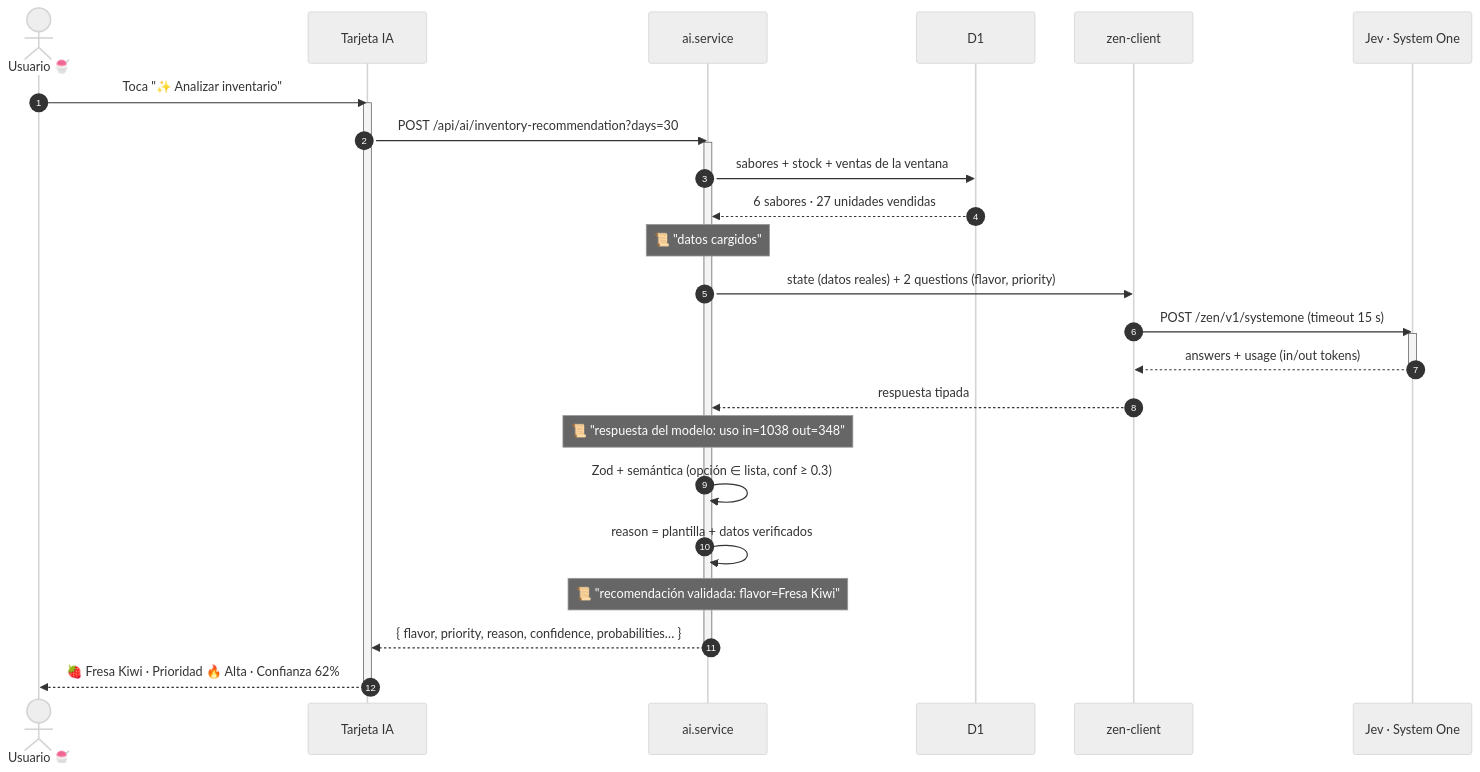
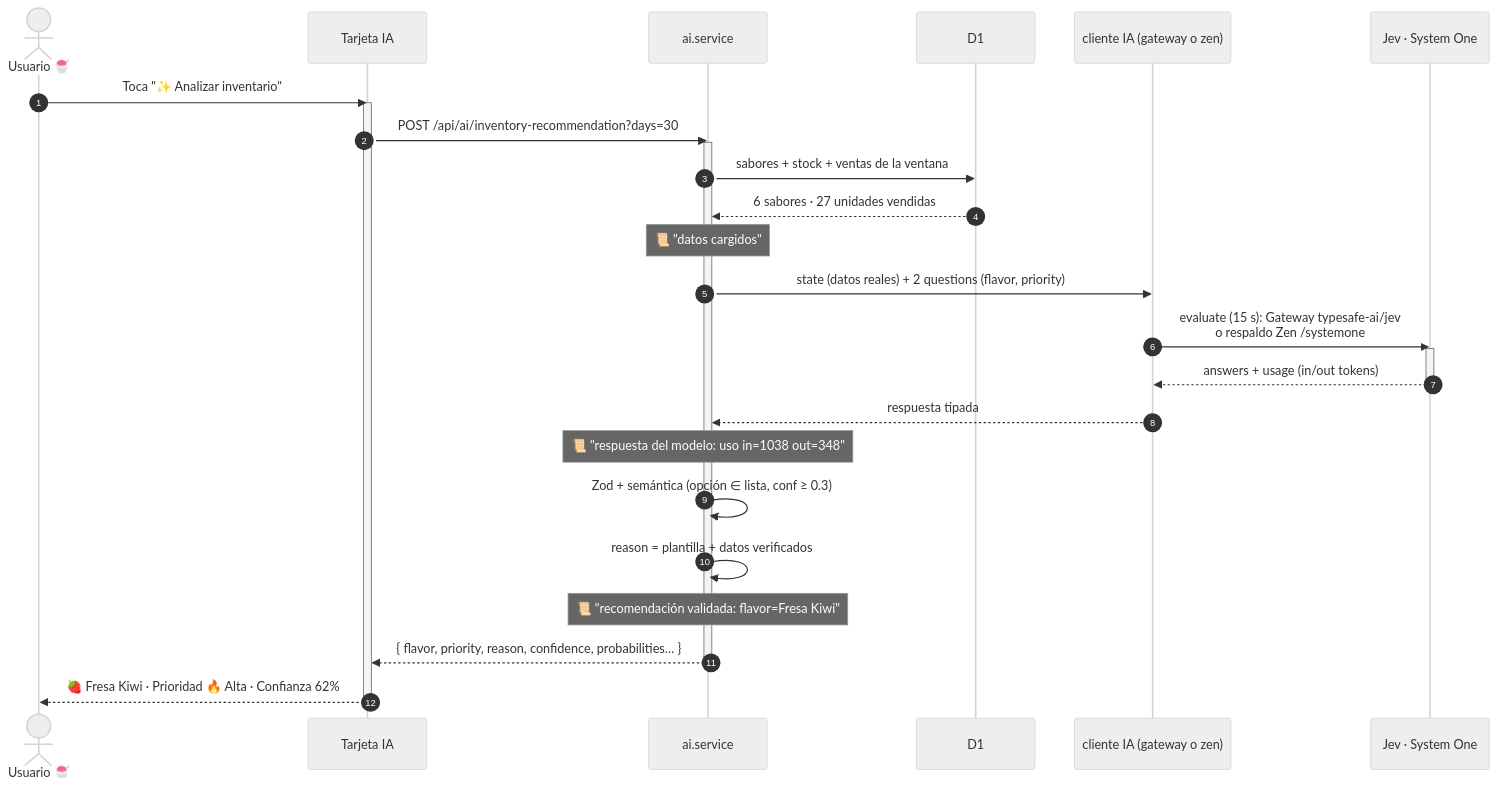
Before and after one commit to carlosrenatohr/nalu-app: the third of 5 diagrams in docs/JEV.md, drawn with Mermaid (neutral theme). The commit also changed other lines of this file and 2 other files, not shown here.

Commit message:
docs: document Jev gateway migration and alternatives

````diff
--- a/docs/JEV.md
+++ b/docs/JEV.md
@@ -67,32 +69,32 @@
 ```mermaid
 sequenceDiagram
     autonumber
     actor U as Usuario 🍧
     participant FE as Tarjeta IA
     participant BE as ai.service
     participant DB as D1
-    participant Z as zen-client
+    participant C as cliente IA (gateway o zen)
     participant J as Jev · System One
 
     U->>FE: Toca "✨ Analizar inventario"
     activate FE
     FE->>BE: POST /api/ai/inventory-recommendation?days=30
     activate BE
     BE->>DB: sabores + stock + ventas de la ventana
     DB-->>BE: 6 sabores · 27 unidades vendidas
     Note over BE: 📜 "datos cargidos"
-    BE->>Z: state (datos reales) + 2 questions (flavor, priority)
-    Z->>J: POST /zen/v1/systemone (timeout 15 s)
+    BE->>C: state (datos reales) + 2 questions (flavor, priority)
+    C->>J: evaluate (15 s): Gateway typesafe-ai/jev<br/>o respaldo Zen /systemone
     activate J
-    J-->>Z: answers + usage (in/out tokens)
+    J-->>C: answers + usage (in/out tokens)
     deactivate J
-    Z-->>BE: respuesta tipada
+    C-->>BE: respuesta tipada
     Note over BE: 📜 "respuesta del modelo: uso in=1038 out=348"
     BE->>BE: Zod + semántica (opción ∈ lista, conf ≥ 0.3)
     BE->>BE: reason = plantilla + datos verificados
     Note over BE: 📜 "recomendación validada: flavor=Fresa Kiwi"
     BE-->>FE: { flavor, priority, reason, confidence, probabilities… }
     deactivate BE
     FE-->>U: 🍓 Fresa Kiwi · Prioridad 🔥 Alta · Confianza 62%
     deactivate FE
 ```
````
